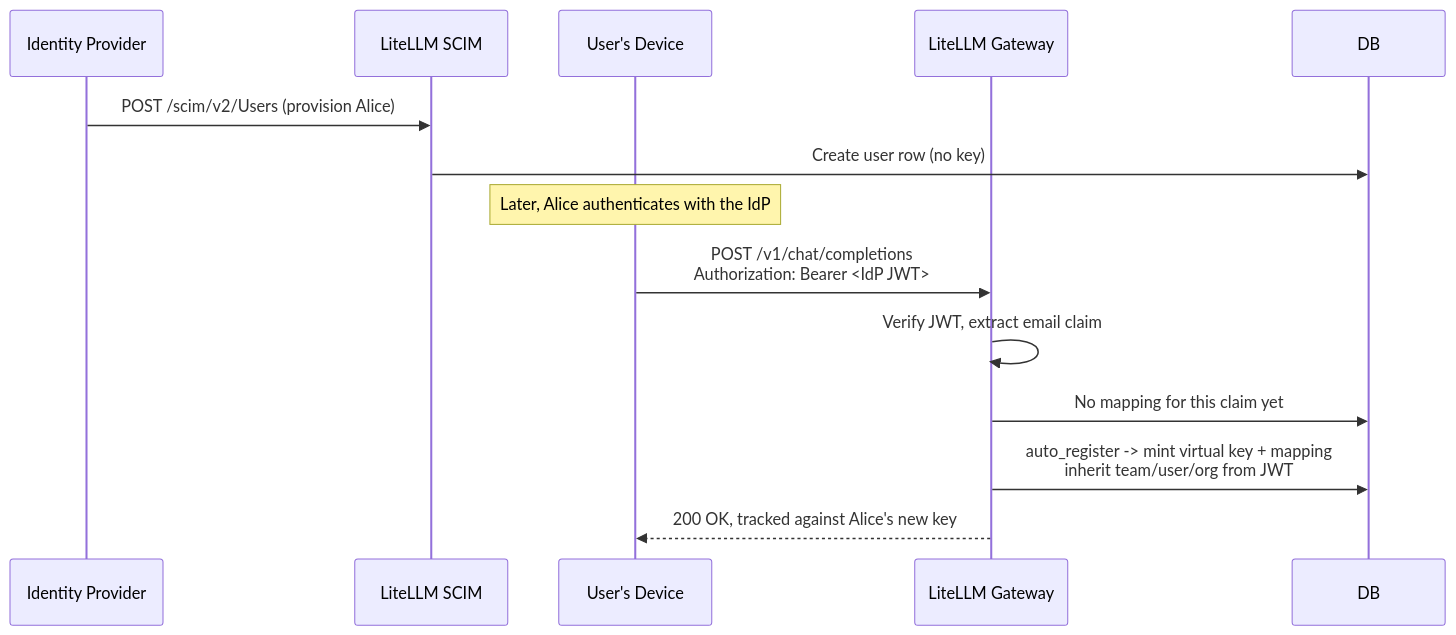
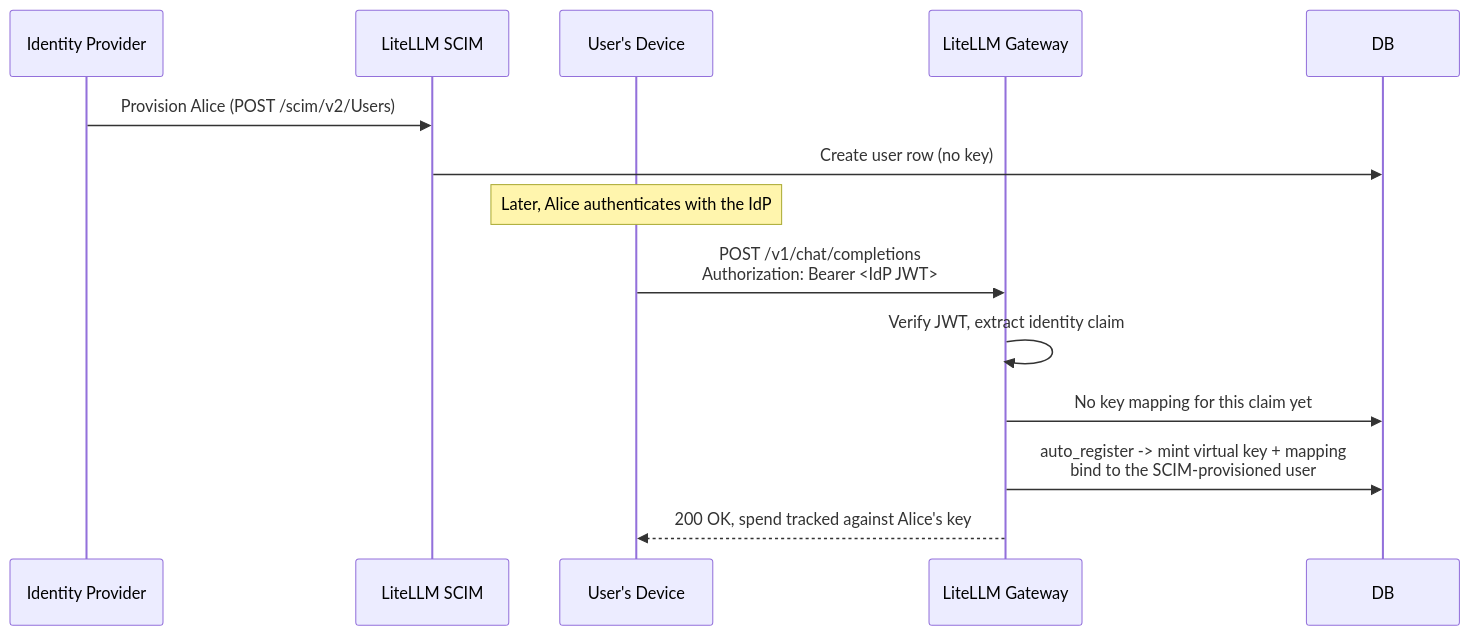
Before and after one commit to BerriAI/litellm-docs: the diagram in docs/proxy/identity_provisioning.md, drawn with Mermaid. The commit also changed other lines of this file, not shown here.

````diff
--- a/docs/proxy/identity_provisioning.md
+++ b/docs/proxy/identity_provisioning.md
@@ -69,17 +24,17 @@
 ```mermaid
 sequenceDiagram
     participant IdP as Identity Provider
     participant SCIM as LiteLLM SCIM
     participant Device as User's Device
     participant Proxy as LiteLLM Gateway
     participant DB as DB
 
-    IdP->>SCIM: POST /scim/v2/Users (provision Alice)
+    IdP->>SCIM: Provision Alice (POST /scim/v2/Users)
     SCIM->>DB: Create user row (no key)
     Note over Device: Later, Alice authenticates with the IdP
     Device->>Proxy: POST /v1/chat/completions<br/>Authorization: Bearer <IdP JWT>
-    Proxy->>Proxy: Verify JWT, extract email claim
-    Proxy->>DB: No mapping for this claim yet
-    Proxy->>DB: auto_register -> mint virtual key + mapping<br/>inherit team/user/org from JWT
-    Proxy-->>Device: 200 OK, tracked against Alice's new key
+    Proxy->>Proxy: Verify JWT, extract identity claim
+    Proxy->>DB: No key mapping for this claim yet
+    Proxy->>DB: auto_register -> mint virtual key + mapping<br/>bind to the SCIM-provisioned user
+    Proxy-->>Device: 200 OK, spend tracked against Alice's key
 ```
````
